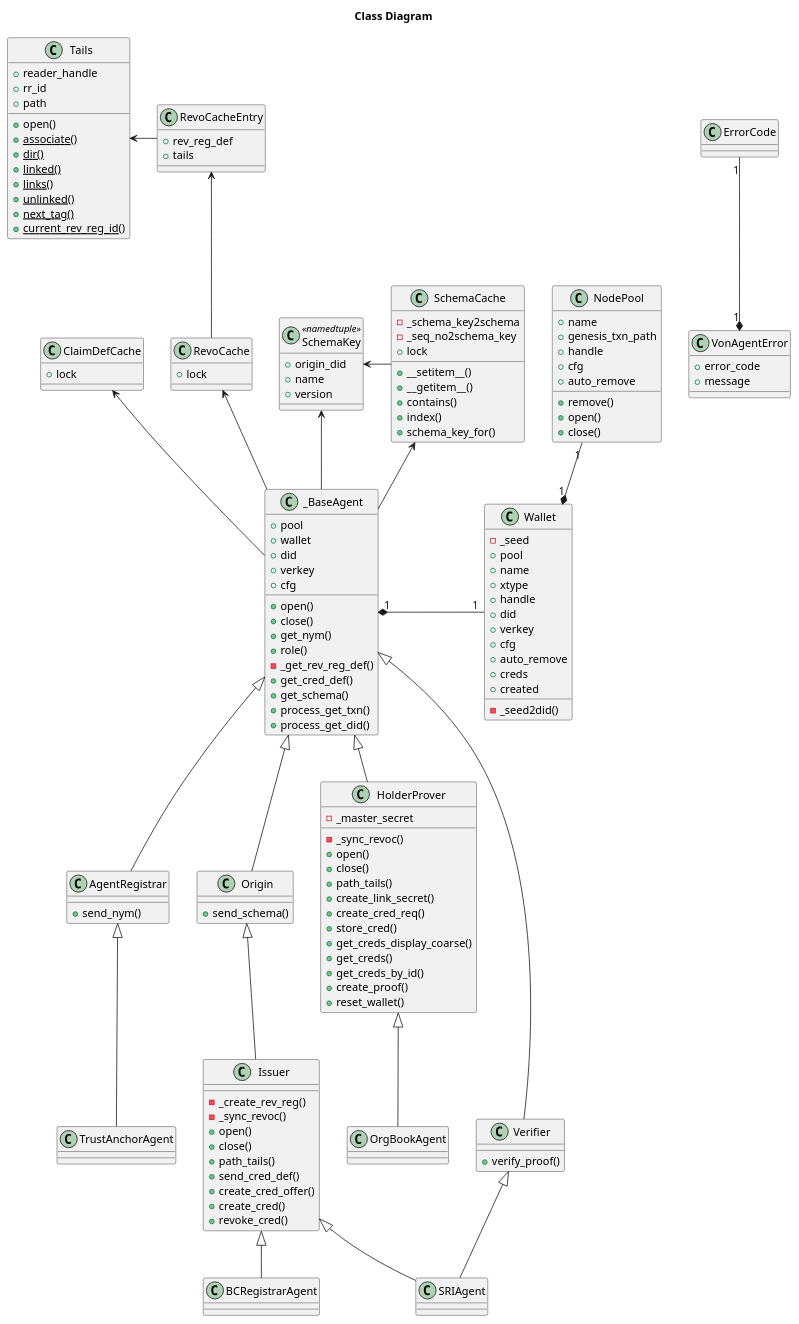
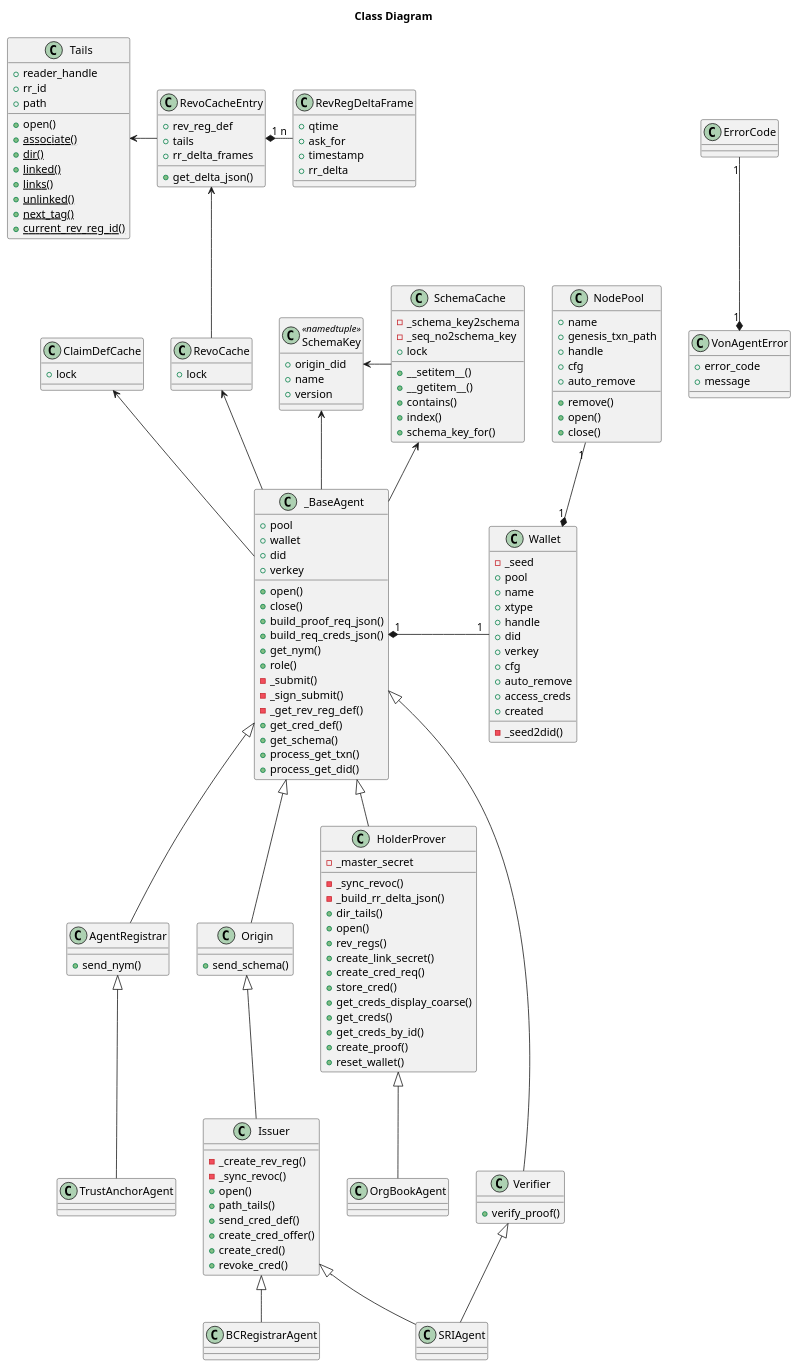
Before and after one commit to PSPC-SPAC-buyandsell/von_base: the diagram in doc/pic/src/class.puml, drawn with PlantUML. The commit also changed 4 other files, not shown here.

```diff
--- a/doc/pic/src/class.puml
+++ b/doc/pic/src/class.puml
@@ -63,6 +63,15 @@
 class RevoCacheEntry {
     +rev_reg_def
     +tails
+    +rr_delta_frames
+    +get_delta_json()
+}
+
+class RevRegDeltaFrame {
+    +qtime
+    +ask_for
+    +timestamp
+    +rr_delta
 }
 
 class RevoCache{
@@ -80,7 +89,7 @@
     +verkey
     +cfg
     +auto_remove
-    +creds
+    +access_creds
     +created
 }
 
@@ -102,9 +111,12 @@
     +verkey
     +open()
     +close()
-    +cfg
+    +build_proof_req_json()
+    +build_req_creds_json()
     +get_nym()
     +role()
+    -_submit()
+    -_sign_submit()
     -_get_rev_reg_def()
     +get_cred_def()
     +get_schema()
@@ -124,7 +136,6 @@
     -_create_rev_reg()
     -_sync_revoc()
     +open()
-    +close()
     +path_tails()
     +send_cred_def()
     +create_cred_offer()
@@ -135,9 +146,10 @@
 class HolderProver {
     -_master_secret
     -_sync_revoc()
+    -_build_rr_delta_json()
+    +dir_tails()
     +open()
-    +close()
-    +path_tails()
+    +rev_regs()
     +create_link_secret()
     +create_cred_req()
     +store_cred()
@@ -173,7 +185,7 @@
 Wallet "1" *-up- "1" NodePool
 
 RevoCacheEntry -left-> Tails
-
+RevoCacheEntry "1" *-right- "n" RevRegDeltaFrame
 RevoCache -up-> RevoCacheEntry
 
 _BaseAgent -up-> RevoCache
```
